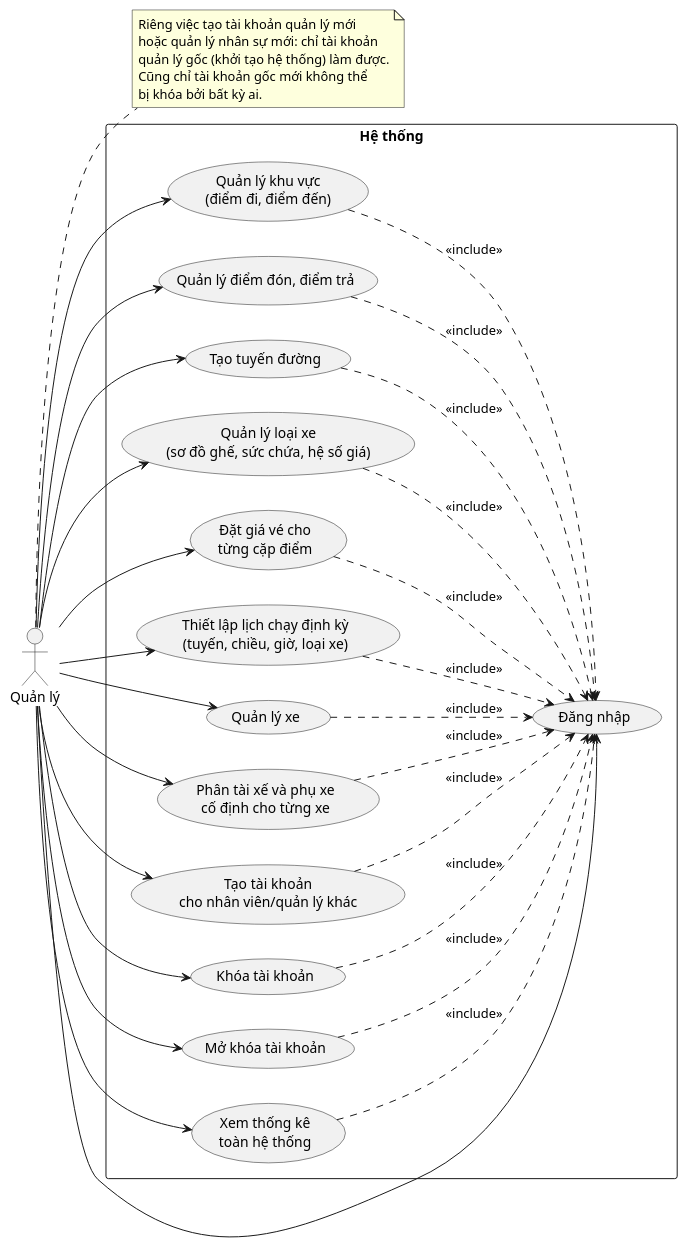
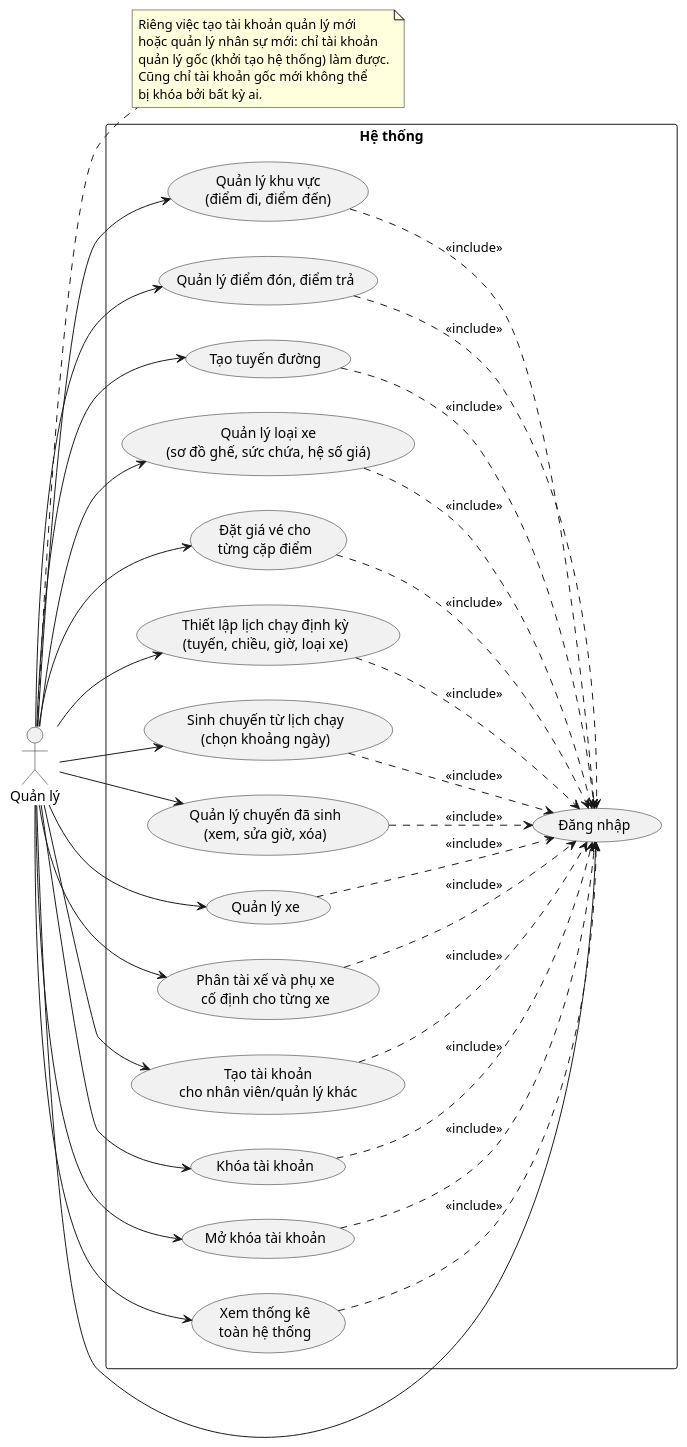
One commit to nguyenvietanhit19/Project1_HeThongQuanLyNhaXeKhachLienTinh changed the sixth of 54 diagrams in UML_DIAGRAMS.md. Above: the diagram before and after it, drawn with PlantUML. The commit also changed other lines of this file and 6 other files, not shown here.

````diff
--- a/UML_DIAGRAMS.md
+++ b/UML_DIAGRAMS.md
@@ -204,56 +204,62 @@
 ```plantuml
 @startuml UseCase_QuanLy
 left to right direction
 actor "Quản lý" as QL
 note right of QL
   Riêng việc tạo tài khoản quản lý mới
   hoặc quản lý nhân sự mới: chỉ tài khoản
   quản lý gốc (khởi tạo hệ thống) làm được.
   Cũng chỉ tài khoản gốc mới không thể
   bị khóa bởi bất kỳ ai.
 end note
 
 rectangle "Hệ thống" {
   usecase "Đăng nhập" as UC02
   usecase "Quản lý khu vực\n(điểm đi, điểm đến)" as UC29
   usecase "Quản lý điểm đón, điểm trả" as UC30
   usecase "Tạo tuyến đường" as UC31
   usecase "Quản lý loại xe\n(sơ đồ ghế, sức chứa, hệ số giá)" as UC32
   usecase "Đặt giá vé cho\ntừng cặp điểm" as UC33
   usecase "Thiết lập lịch chạy định kỳ\n(tuyến, chiều, giờ, loại xe)" as UC18
+  usecase "Sinh chuyến từ lịch chạy\n(chọn khoảng ngày)" as UC47
+  usecase "Quản lý chuyến đã sinh\n(xem, sửa giờ, xóa)" as UC48
   usecase "Quản lý xe" as UC34
   usecase "Phân tài xế và phụ xe\ncố định cho từng xe" as UC35
   usecase "Tạo tài khoản\ncho nhân viên/quản lý khác" as UC36
   usecase "Khóa tài khoản" as UC37
   usecase "Mở khóa tài khoản" as UC38
   usecase "Xem thống kê\ntoàn hệ thống" as UC39
 }
 
 QL --> UC02
 QL --> UC29
 QL --> UC30
 QL --> UC31
 QL --> UC32
 QL --> UC33
 QL --> UC18
+QL --> UC47
+QL --> UC48
 QL --> UC34
 QL --> UC35
 QL --> UC36
 QL --> UC37
 QL --> UC38
 QL --> UC39
 
 UC29 ..> UC02 : <<include>>
 UC30 ..> UC02 : <<include>>
 UC31 ..> UC02 : <<include>>
 UC32 ..> UC02 : <<include>>
 UC33 ..> UC02 : <<include>>
 UC18 ..> UC02 : <<include>>
+UC47 ..> UC02 : <<include>>
+UC48 ..> UC02 : <<include>>
 UC34 ..> UC02 : <<include>>
 UC35 ..> UC02 : <<include>>
 UC36 ..> UC02 : <<include>>
 UC37 ..> UC02 : <<include>>
 UC38 ..> UC02 : <<include>>
 UC39 ..> UC02 : <<include>>
 @enduml
 ```
````
